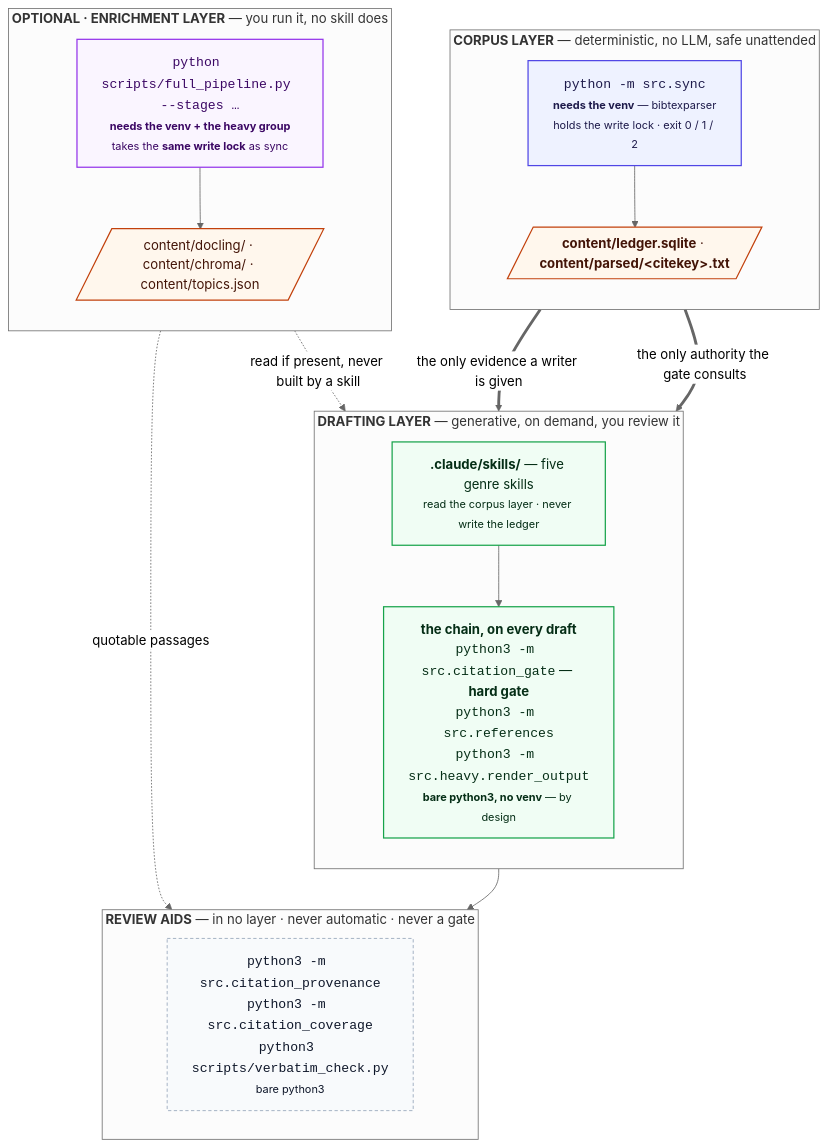
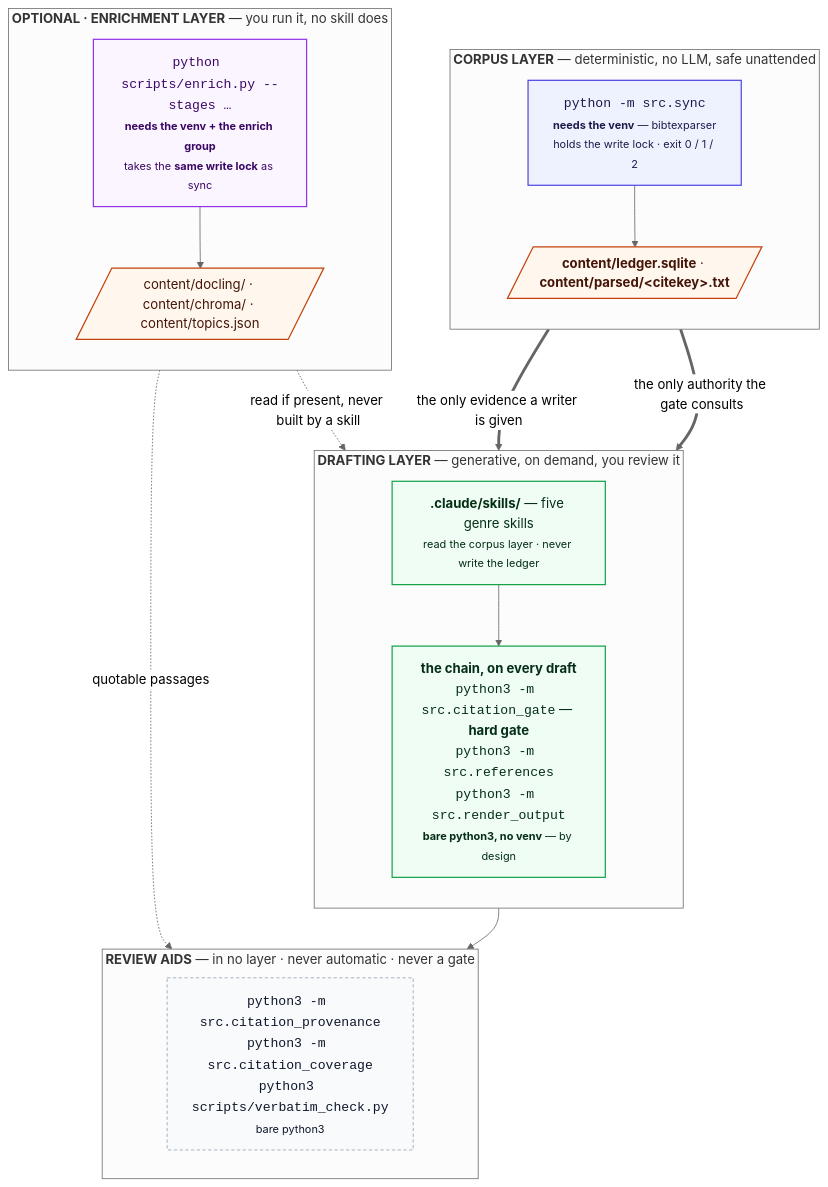
Before and after one commit to prasadtalasila/automated-research: the diagram in docs/ARCHITECTURE.md, drawn with Mermaid (neutral theme). The commit also changed other lines of this file and 72 other files, not shown here.

````diff
--- a/docs/ARCHITECTURE.md
+++ b/docs/ARCHITECTURE.md
@@ -39,47 +39,47 @@
 ```mermaid
 flowchart TB
 
   subgraph J1["<b>CORPUS LAYER</b> — deterministic, no LLM, safe unattended"]
     direction TB
     SYNC["<code>python -m src.sync</code><br/><small><b>needs the venv</b> — bibtexparser<br/>holds the write lock · exit 0 / 1 / 2</small>"]
     OUT1[/"<b>content/ledger.sqlite</b> · <b>content/parsed/&lt;citekey&gt;.txt</b>"/]
     SYNC --> OUT1
   end
 
   subgraph J2["<b>DRAFTING LAYER</b> — generative, on demand, you review it"]
     direction TB
     SKILL["<b>.claude/skills/</b> — five genre skills<br/><small>read the corpus layer · never write the ledger</small>"]
-    CHAIN["<b>the chain, on every draft</b><br/><code>python3 -m src.citation_gate</code> — <b>hard gate</b><br/><code>python3 -m src.references</code><br/><code>python3 -m src.heavy.render_output</code><br/><small><b>bare python3, no venv</b> — by design</small>"]
+    CHAIN["<b>the chain, on every draft</b><br/><code>python3 -m src.citation_gate</code> — <b>hard gate</b><br/><code>python3 -m src.references</code><br/><code>python3 -m src.render_output</code><br/><small><b>bare python3, no venv</b> — by design</small>"]
     SKILL --> CHAIN
   end
 
   subgraph JH["<b>OPTIONAL · ENRICHMENT LAYER</b> — you run it, no skill does"]
     direction TB
-    FULL["<code>python scripts/full_pipeline.py --stages …</code><br/><small><b>needs the venv + the heavy group</b><br/>takes the <b>same write lock</b> as sync</small>"]
+    FULL["<code>python scripts/enrich.py --stages …</code><br/><small><b>needs the venv + the enrich group</b><br/>takes the <b>same write lock</b> as sync</small>"]
     OUT3[/"content/docling/ · content/chroma/ · content/topics.json"/]
     FULL --> OUT3
   end
 
   subgraph AID["<b>REVIEW AIDS</b> — in no layer · never automatic · never a gate"]
     direction LR
     A["<code>python3 -m src.citation_provenance</code><br/><code>python3 -m src.citation_coverage</code><br/><code>python3 scripts/verbatim_check.py</code><br/><small>bare python3</small>"]
   end
 
   OUT1 == "the only evidence a writer is given" ==> SKILL
   OUT1 == "the only authority the gate consults" ==> CHAIN
   OUT3 -. "read if present, never built by a skill" .-> SKILL
   OUT3 -. "quotable passages" .-> A
   CHAIN --> A
 
   classDef det fill:#eef2ff,stroke:#4f46e5,stroke-width:1.5px,color:#1e1b4b
   classDef gen fill:#f0fdf4,stroke:#16a34a,stroke-width:1.5px,color:#052e16
   classDef heavy fill:#faf5ff,stroke:#9333ea,stroke-width:1.5px,color:#3b0764
   classDef store fill:#fff7ed,stroke:#c2410c,stroke-width:1.5px,color:#431407
   classDef aid fill:#f8fafc,stroke:#94a3b8,stroke-dasharray:4 3,color:#0f172a
 
   class SYNC det
   class SKILL,CHAIN gen
   class FULL heavy
   class OUT1,OUT3 store
   class A aid
 ```
````
